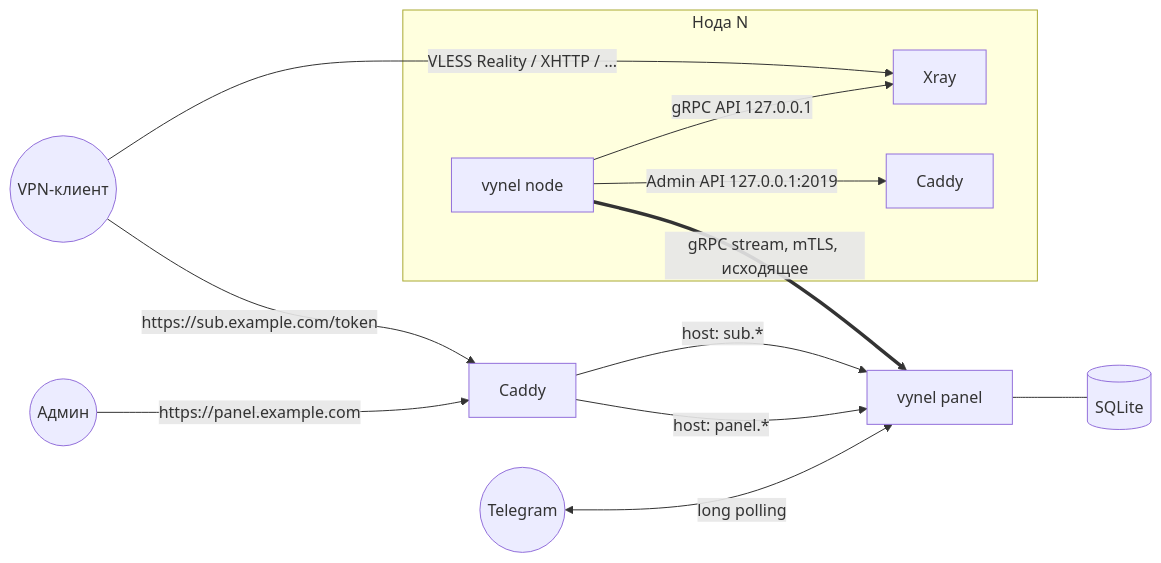
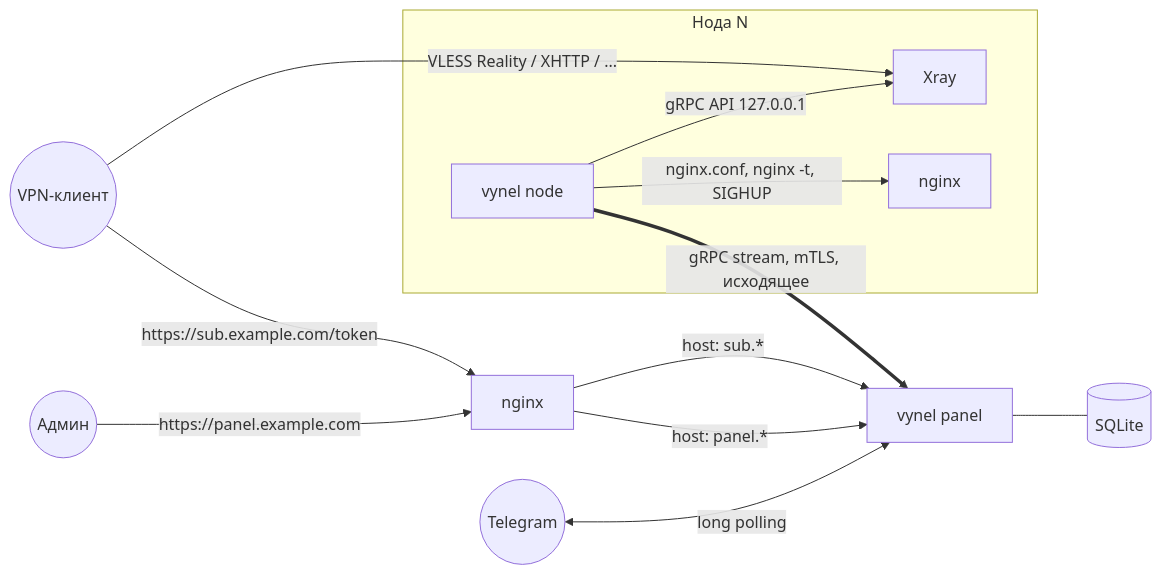
Before and after one commit to vyto4ka/vynel: the diagram in docs/ARCHITECTURE.md, drawn with Mermaid. The commit also changed other lines of this file and 22 other files, not shown here.

````diff
--- a/docs/ARCHITECTURE.md
+++ b/docs/ARCHITECTURE.md
@@ -68,17 +68,17 @@
 ```mermaid
 flowchart LR
-    Admin((Админ)) -->|https://panel.example.com| CaddyP[Caddy]
-    Client((VPN-клиент)) -->|https://sub.example.com/token| CaddyP
+    Admin((Админ)) -->|https://panel.example.com| WebP[nginx]
+    Client((VPN-клиент)) -->|https://sub.example.com/token| WebP
     TG((Telegram)) <-->|long polling| Panel
-    CaddyP -->|host: panel.*| Panel[vynel panel]
-    CaddyP -->|host: sub.*| Panel
+    WebP -->|host: panel.*| Panel[vynel panel]
+    WebP -->|host: sub.*| Panel
     Panel --- DB[(SQLite)]
 
     subgraph NodeN[Нода N]
         Agent[vynel node] -->|gRPC API 127.0.0.1| Xray
-        Agent -->|Admin API 127.0.0.1:2019| CaddyN[Caddy]
+        Agent -->|nginx.conf, nginx -t, SIGHUP| WebN[nginx]
     end
 
     Agent ==>|gRPC stream, mTLS, исходящее| Panel
     Client -->|VLESS Reality / XHTTP / ...| Xray
 ```
````
